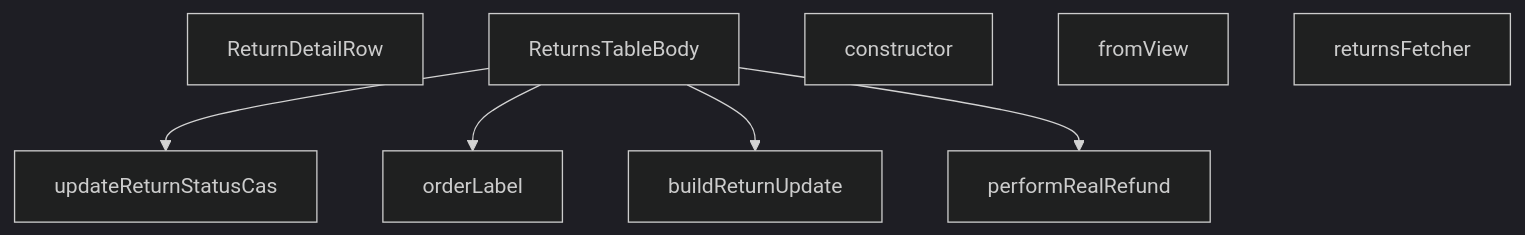
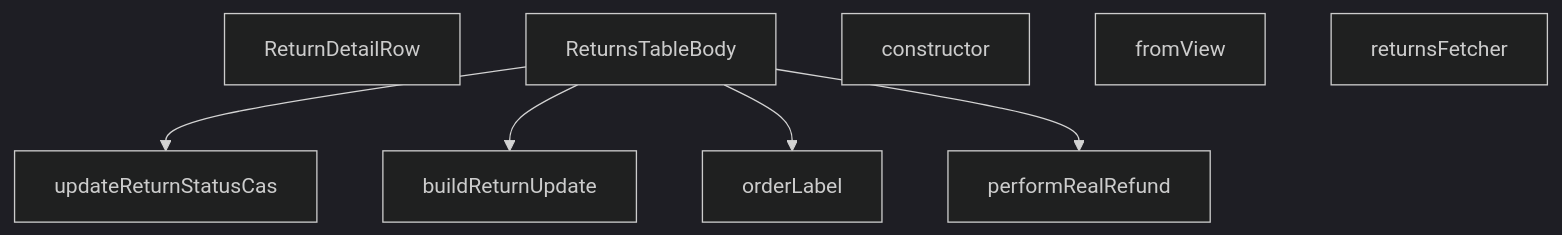
The diagram in src/views/admin/ReturnsTableBody.md (peckop/venthub-hvac-esite), drawn with Mermaid (dark theme) before and after one commit. The commit also changed other lines of this file and 105 other files, not shown here.

````diff
--- a/src/views/admin/ReturnsTableBody.md
+++ b/src/views/admin/ReturnsTableBody.md
@@ -294,16 +413,16 @@
 ```mermaid
 graph TD
     ReturnsTableBody_tsx__ReturnDetailRow["ReturnDetailRow"]
     ReturnsTableBody_tsx__ReturnsTableBody["ReturnsTableBody"]
     ReturnsTableBody_tsx__buildReturnUpdate["buildReturnUpdate"]
     ReturnsTableBody_tsx__constructor["constructor"]
     ReturnsTableBody_tsx__fromView["fromView"]
     ReturnsTableBody_tsx__orderLabel["orderLabel"]
     ReturnsTableBody_tsx__performRealRefund["performRealRefund"]
     ReturnsTableBody_tsx__returnsFetcher["returnsFetcher"]
     ReturnsTableBody_tsx__updateReturnStatusCas["updateReturnStatusCas"]
     ReturnsTableBody_tsx__ReturnsTableBody --> ReturnsTableBody_tsx__updateReturnStatusCas
+    ReturnsTableBody_tsx__ReturnsTableBody --> ReturnsTableBody_tsx__buildReturnUpdate
     ReturnsTableBody_tsx__ReturnsTableBody --> ReturnsTableBody_tsx__orderLabel
-    ReturnsTableBody_tsx__ReturnsTableBody --> ReturnsTableBody_tsx__buildReturnUpdate
     ReturnsTableBody_tsx__ReturnsTableBody --> ReturnsTableBody_tsx__performRealRefund
 ```
````
